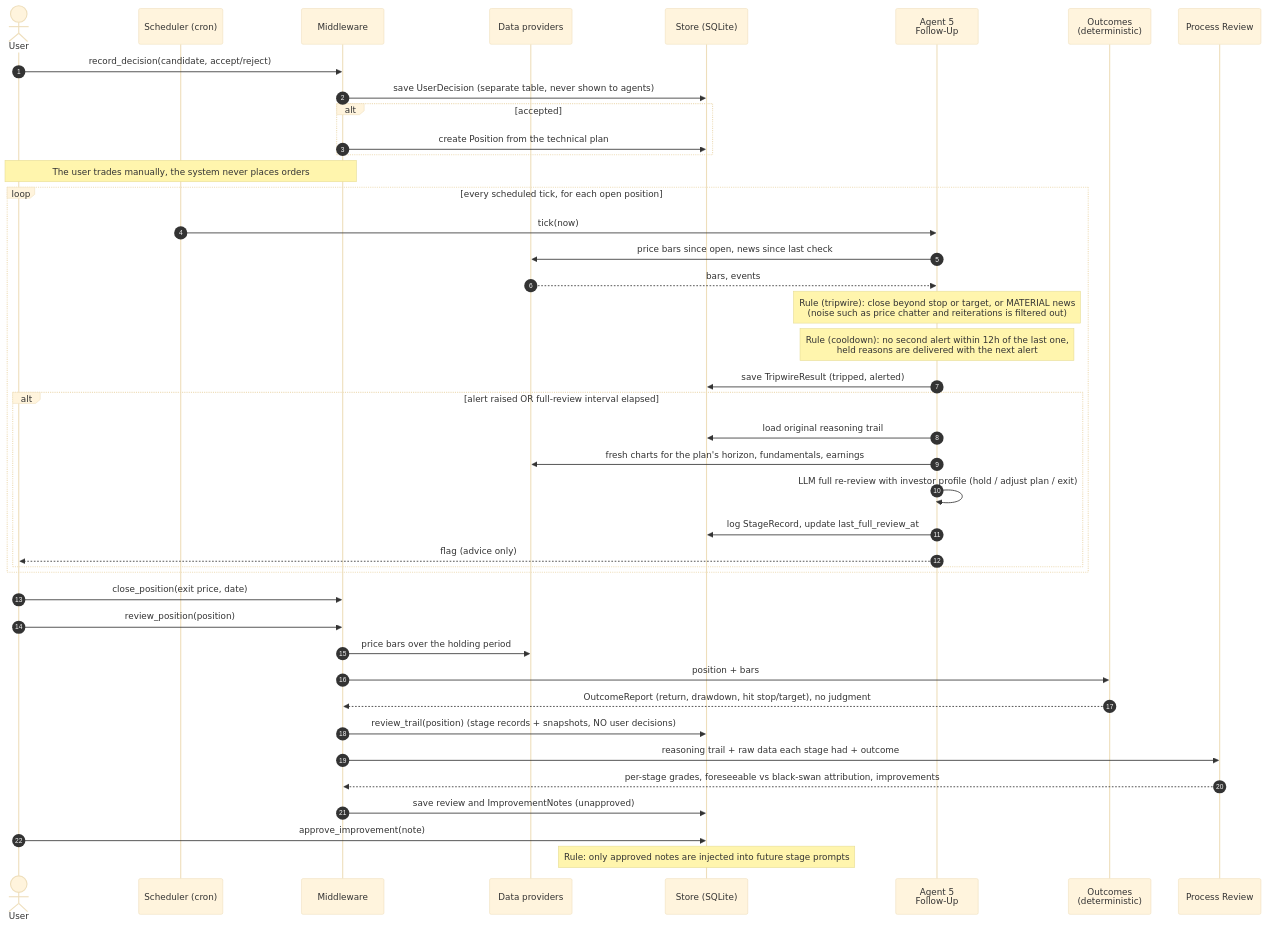
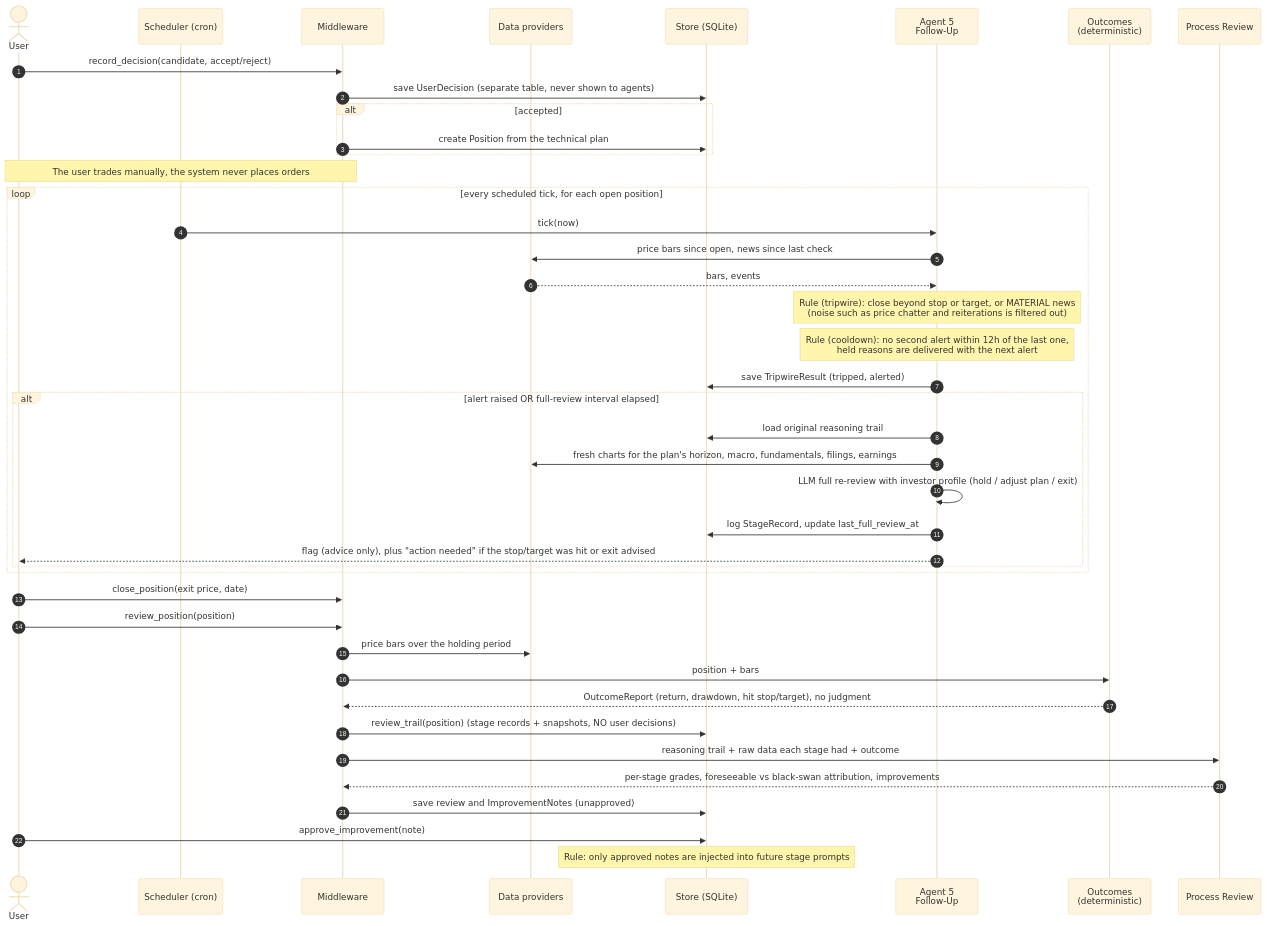
The second of 2 diagrams in docs/sequence-diagrams.md (ashakir11-dev/trading-platform), drawn with Mermaid (base theme) before and after one commit. The commit also changed other lines of this file and 4 other files, not shown here.

````diff
--- a/docs/sequence-diagrams.md
+++ b/docs/sequence-diagrams.md
@@ -81,47 +81,47 @@
 ```mermaid
 sequenceDiagram
     autonumber
     actor User
     participant Sched as Scheduler (cron)
     participant MW as Middleware
     participant Data as Data providers
     participant Store as Store (SQLite)
     participant A5 as Agent 5<br/>Follow-Up
     participant OUT as Outcomes<br/>(deterministic)
     participant PROC as Process Review
 
     User->>MW: record_decision(candidate, accept/reject)
     MW->>Store: save UserDecision (separate table, never shown to agents)
     alt accepted
         MW->>Store: create Position from the technical plan
     end
     Note over User,MW: The user trades manually, the system never places orders
 
     loop every scheduled tick, for each open position
         Sched->>A5: tick(now)
         A5->>Data: price bars since open, news since last check
         Data-->>A5: bars, events
         Note over A5: Rule (tripwire): close beyond stop or target, or MATERIAL news<br/>(noise such as price chatter and reiterations is filtered out)
         Note over A5: Rule (cooldown): no second alert within 12h of the last one,<br/>held reasons are delivered with the next alert
         A5->>Store: save TripwireResult (tripped, alerted)
         alt alert raised OR full-review interval elapsed
             A5->>Store: load original reasoning trail
-            A5->>Data: fresh charts for the plan's horizon, fundamentals, earnings
+            A5->>Data: fresh charts for the plan's horizon, macro, fundamentals, filings, earnings
             A5->>A5: LLM full re-review with investor profile (hold / adjust plan / exit)
             A5->>Store: log StageRecord, update last_full_review_at
-            A5-->>User: flag (advice only)
+            A5-->>User: flag (advice only), plus "action needed" if the stop/target was hit or exit advised
         end
     end
 
     User->>MW: close_position(exit price, date)
     User->>MW: review_position(position)
     MW->>Data: price bars over the holding period
     MW->>OUT: position + bars
     OUT-->>MW: OutcomeReport (return, drawdown, hit stop/target), no judgment
     MW->>Store: review_trail(position) (stage records + snapshots, NO user decisions)
     MW->>PROC: reasoning trail + raw data each stage had + outcome
     PROC-->>MW: per-stage grades, foreseeable vs black-swan attribution, improvements
     MW->>Store: save review and ImprovementNotes (unapproved)
     User->>Store: approve_improvement(note)
     Note over Store: Rule: only approved notes are injected into future stage prompts
 ```
````
